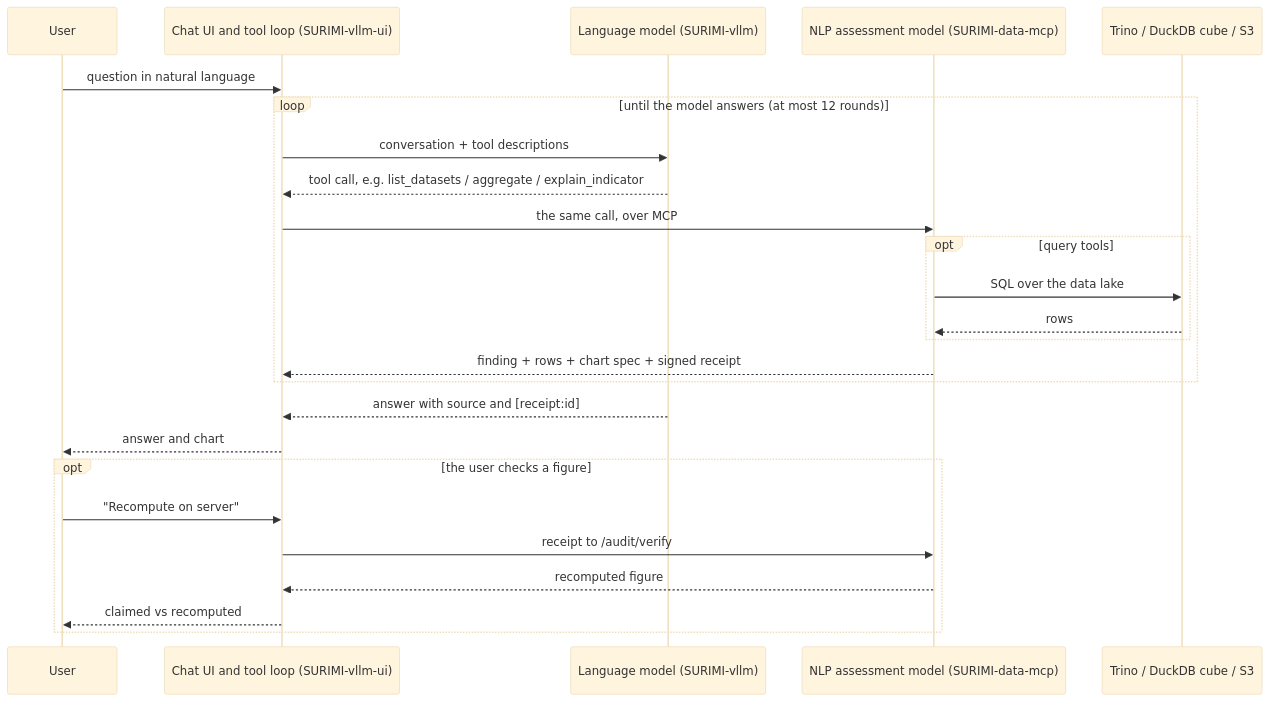
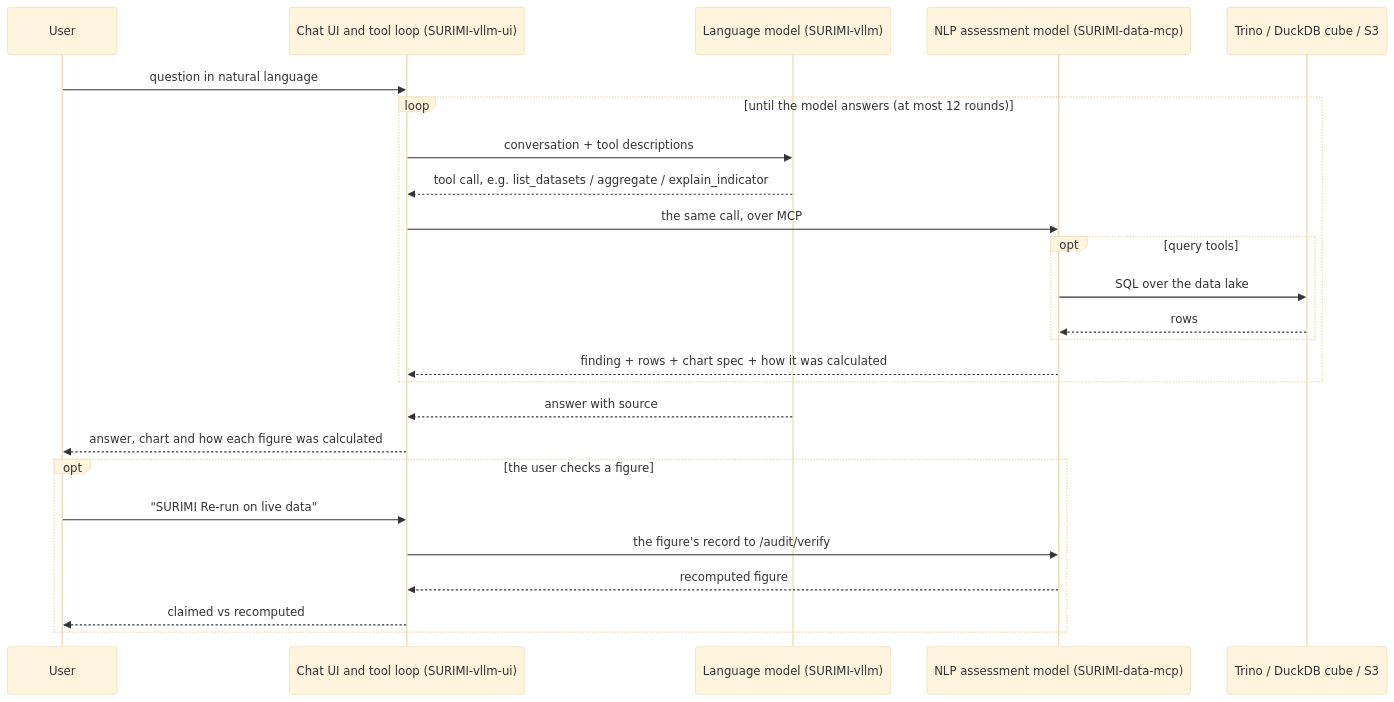
Before and after one commit to SURIMI-Project/SURIMI-project: the second of 2 diagrams in deliverables/D3.7 - NLP assessment model/D3.7 - NLP assessment model.md, drawn with Mermaid (base theme). The commit also changed other lines of this file and 1 other file, not shown here.

Commit message:
D3.7, D3.9: each figure comes with how it was calculated; data server on /mcp; benchmark section states its method once; button names as released

````diff
--- a/deliverables/D3.7 - NLP assessment model/D3.7 - NLP assessment model.md
+++ b/deliverables/D3.7 - NLP assessment model/D3.7 - NLP assessment model.md
@@ -107,28 +107,28 @@
 ```mermaid
 sequenceDiagram
     participant User as User
     participant UI as Chat UI and tool loop (SURIMI-vllm-ui)
     participant LLM as Language model (SURIMI-vllm)
     participant DATA as NLP assessment model (SURIMI-data-mcp)
     participant STORE as Trino / DuckDB cube / S3
 
     User ->> UI: question in natural language
     loop until the model answers (at most 12 rounds)
         UI ->> LLM: conversation + tool descriptions
         LLM -->> UI: tool call, e.g. list_datasets / aggregate / explain_indicator
         UI ->> DATA: the same call, over MCP
         opt query tools
             DATA ->> STORE: SQL over the data lake
             STORE -->> DATA: rows
         end
-        DATA -->> UI: finding + rows + chart spec + signed receipt
+        DATA -->> UI: finding + rows + chart spec + how it was calculated
     end
-    LLM -->> UI: answer with source and [receipt:id]
-    UI -->> User: answer and chart
+    LLM -->> UI: answer with source
+    UI -->> User: answer, chart and how each figure was calculated
     opt the user checks a figure
-        User ->> UI: "Recompute on server"
-        UI ->> DATA: receipt to /audit/verify
+        User ->> UI: "SURIMI Re-run on live data"
+        UI ->> DATA: the figure's record to /audit/verify
         DATA -->> UI: recomputed figure
         UI -->> User: claimed vs recomputed
     end
 ```
````
